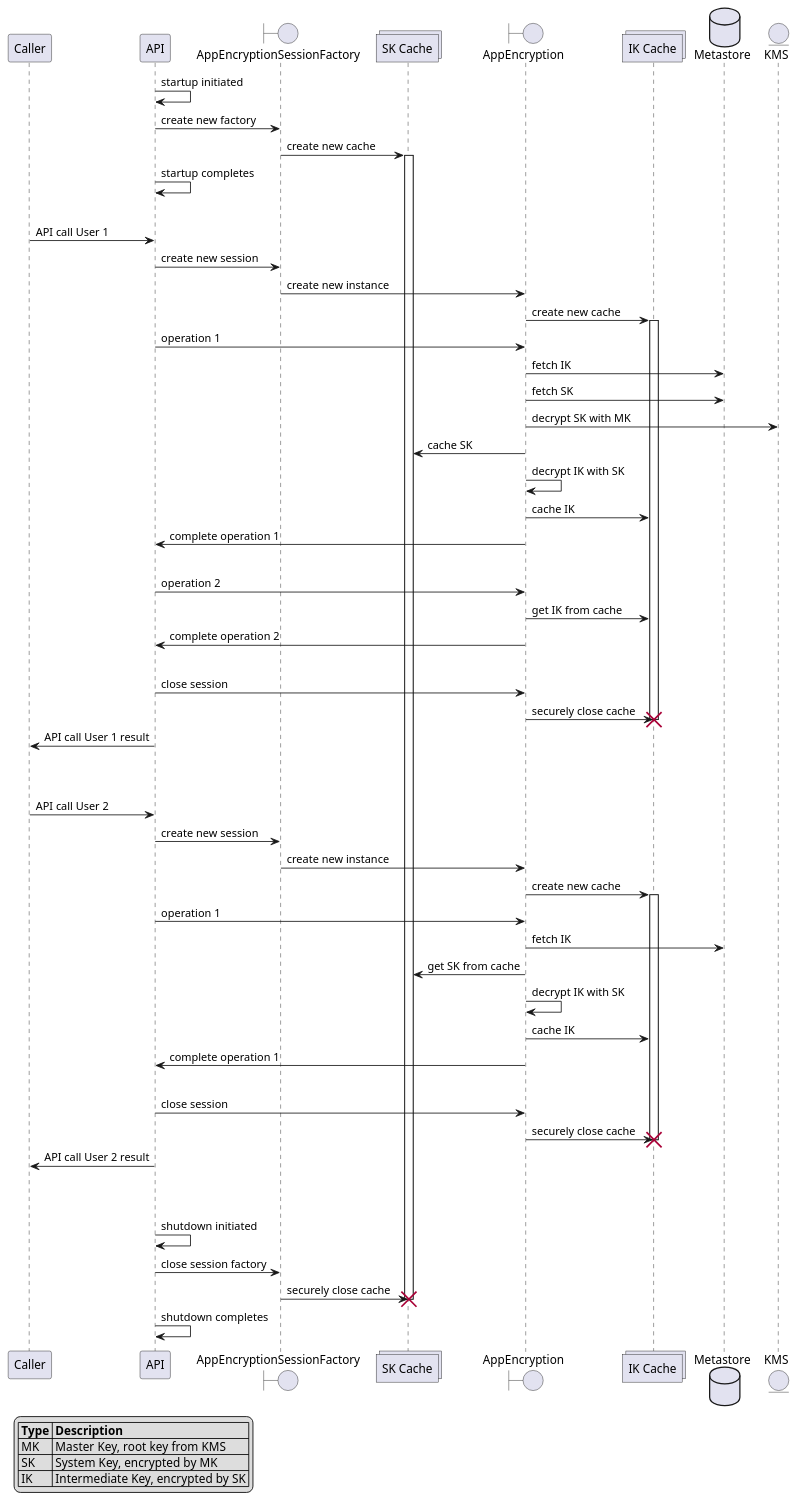
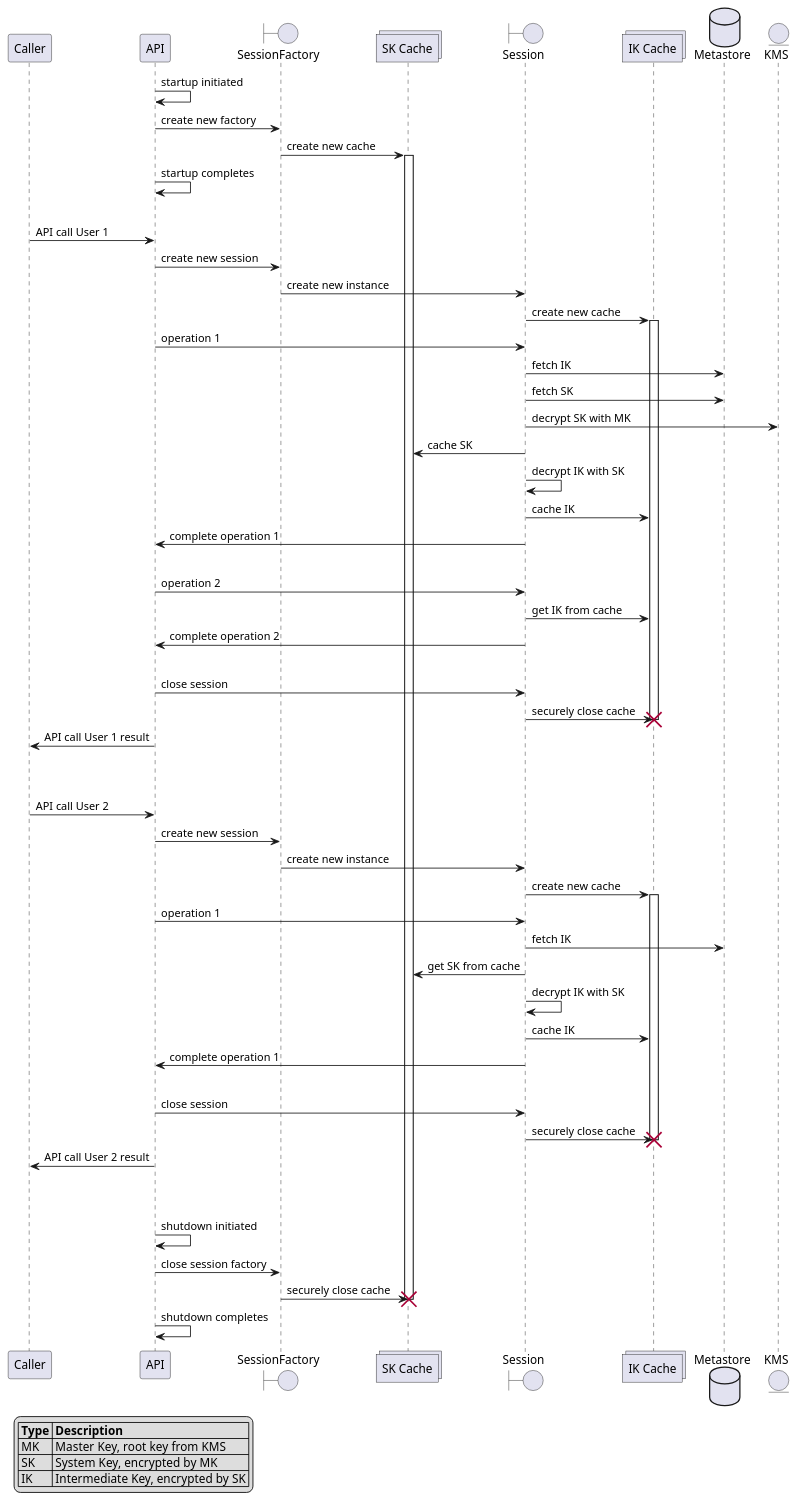
Before and after one commit to godaddy/asherah: the diagram in docs/assets/cache_lifecycles.puml, drawn with PlantUML. The commit also changed 16 other files, not shown here.

```diff
--- a/docs/assets/cache_lifecycles.puml
+++ b/docs/assets/cache_lifecycles.puml
@@ -1,75 +1,75 @@
 @startuml
 
 skinparam shadowing false
 
 legend left
 |= Type |= Description |
 | MK | Master Key, root key from KMS |
 | SK | System Key, encrypted by MK |
 | IK | Intermediate Key, encrypted by SK |
 endlegend
 
 participant Caller
 participant API
-boundary AppEncryptionSessionFactory
+boundary SessionFactory
 collections "SK Cache"
-boundary AppEncryption
+boundary Session
 collections "IK Cache"
 database Metastore
 entity KMS
 
 API -> API : startup initiated
-API -> AppEncryptionSessionFactory : create new factory
-AppEncryptionSessionFactory -> "SK Cache" : create new cache
+API -> SessionFactory : create new factory
+SessionFactory -> "SK Cache" : create new cache
 activate "SK Cache"
 API -> API : startup completes
 |||
 Caller -> API : API call User 1
-API -> AppEncryptionSessionFactory : create new session
-AppEncryptionSessionFactory -> AppEncryption : create new instance
-AppEncryption -> "IK Cache" : create new cache
+API -> SessionFactory : create new session
+SessionFactory -> Session : create new instance
+Session -> "IK Cache" : create new cache
 activate "IK Cache"
-API -> AppEncryption : operation 1
-AppEncryption -> Metastore : fetch IK
-AppEncryption -> Metastore : fetch SK
-AppEncryption -> KMS : decrypt SK with MK
-AppEncryption -> "SK Cache" : cache SK
-AppEncryption -> AppEncryption : decrypt IK with SK
-AppEncryption -> "IK Cache" : cache IK
-AppEncryption -> API : complete operation 1
+API -> Session : operation 1
+Session -> Metastore : fetch IK
+Session -> Metastore : fetch SK
+Session -> KMS : decrypt SK with MK
+Session -> "SK Cache" : cache SK
+Session -> Session : decrypt IK with SK
+Session -> "IK Cache" : cache IK
+Session -> API : complete operation 1
 |||
-API -> AppEncryption : operation 2
-AppEncryption -> "IK Cache" : get IK from cache
-AppEncryption -> API : complete operation 2
+API -> Session : operation 2
+Session -> "IK Cache" : get IK from cache
+Session -> API : complete operation 2
 |||
-API -> AppEncryption : close session
-AppEncryption -> "IK Cache" : securely close cache
+API -> Session : close session
+Session -> "IK Cache" : securely close cache
 destroy "IK Cache"
 API -> Caller : API call User 1 result
 |||
 |||
 Caller -> API : API call User 2
-API -> AppEncryptionSessionFactory : create new session
-AppEncryptionSessionFactory -> AppEncryption : create new instance
-AppEncryption -> "IK Cache" : create new cache
+API -> SessionFactory : create new session
+SessionFactory -> Session : create new instance
+Session -> "IK Cache" : create new cache
 activate "IK Cache"
-API -> AppEncryption : operation 1
-AppEncryption -> Metastore : fetch IK
-AppEncryption -> "SK Cache" : get SK from cache
-AppEncryption -> AppEncryption : decrypt IK with SK
-AppEncryption -> "IK Cache" : cache IK
-AppEncryption -> API : complete operation 1
+API -> Session : operation 1
+Session -> Metastore : fetch IK
+Session -> "SK Cache" : get SK from cache
+Session -> Session : decrypt IK with SK
+Session -> "IK Cache" : cache IK
+Session -> API : complete operation 1
 |||
-API -> AppEncryption : close session
-AppEncryption -> "IK Cache" : securely close cache
+API -> Session : close session
+Session -> "IK Cache" : securely close cache
 destroy "IK Cache"
 API -> Caller : API call User 2 result
 |||
 |||
 API -> API : shutdown initiated
-API -> AppEncryptionSessionFactory : close session factory
-AppEncryptionSessionFactory -> "SK Cache" : securely close cache
+API -> SessionFactory : close session factory
+SessionFactory -> "SK Cache" : securely close cache
 destroy "SK Cache"
 API -> API : shutdown completes
 
 @enduml
```
